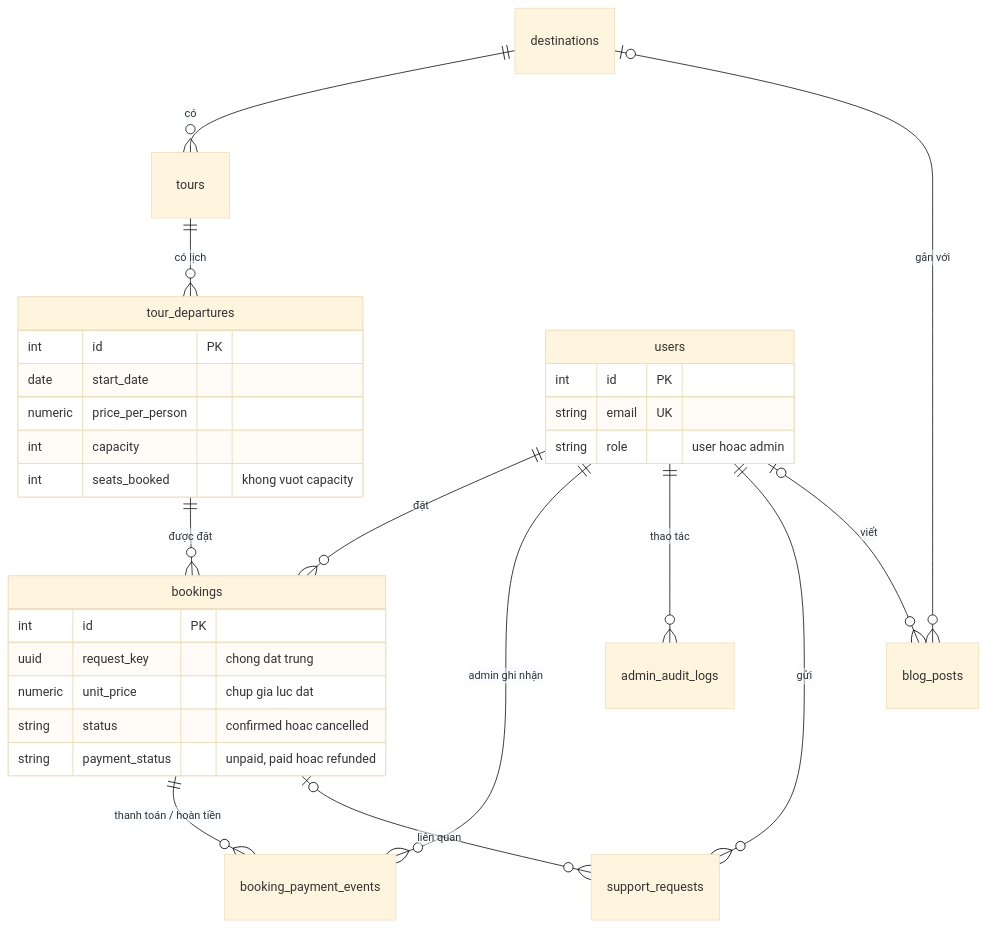
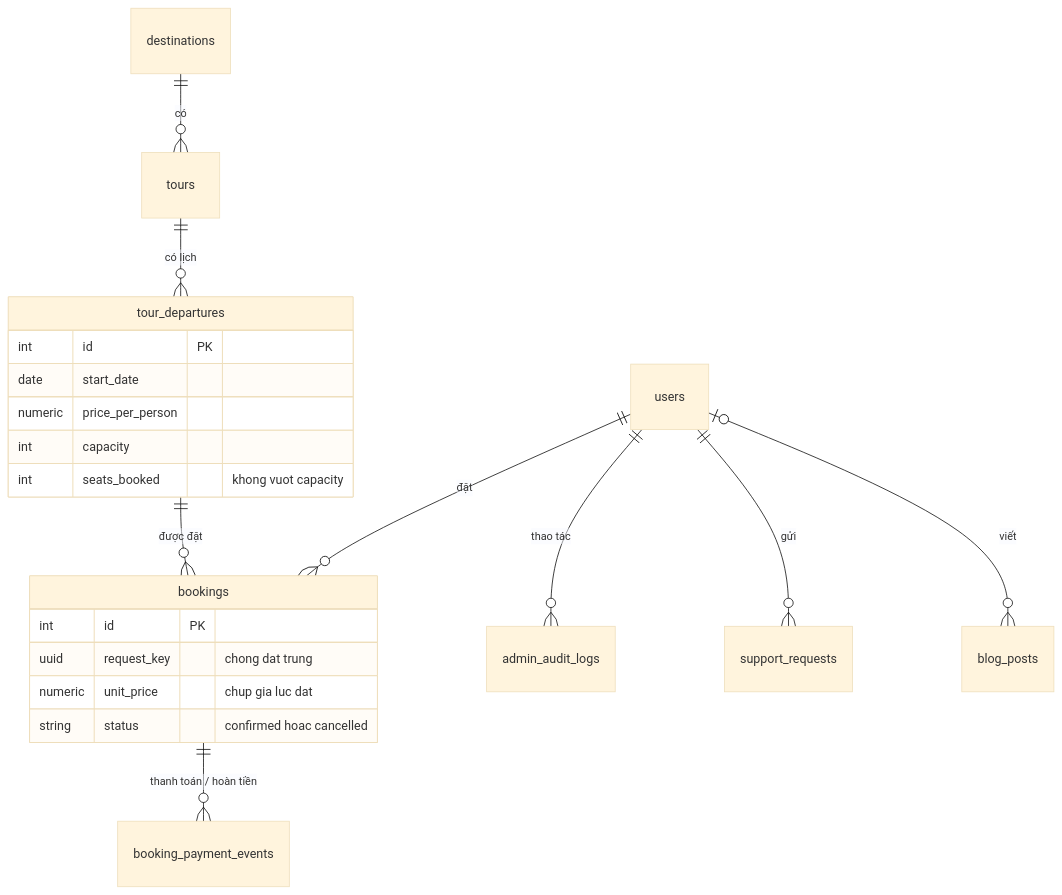
The diagram in README.md (khoan2202/travel_AI_booking), drawn with Mermaid (base theme) before and after one commit. The commit also changed other lines of this file, not shown here.

````diff
--- a/README.md
+++ b/README.md
@@ -91,33 +75,24 @@
 ```mermaid
 erDiagram
     destinations ||--o{ tours : "có"
     tours ||--o{ tour_departures : "có lịch"
     users ||--o{ bookings : "đặt"
     tour_departures ||--o{ bookings : "được đặt"
     bookings ||--o{ booking_payment_events : "thanh toán / hoàn tiền"
-    users ||--o{ booking_payment_events : "admin ghi nhận"
     users ||--o{ admin_audit_logs : "thao tác"
     users ||--o{ support_requests : "gửi"
-    bookings |o--o{ support_requests : "liên quan"
-    destinations |o--o{ blog_posts : "gắn với"
     users |o--o{ blog_posts : "viết"
-    users {
-        int id PK
-        string email UK
-        string role "user hoac admin"
-    }
     tour_departures {
         int id PK
         date start_date
         numeric price_per_person
         int capacity
         int seats_booked "khong vuot capacity"
     }
     bookings {
         int id PK
         uuid request_key "chong dat trung"
         numeric unit_price "chup gia luc dat"
         string status "confirmed hoac cancelled"
-        string payment_status "unpaid, paid hoac refunded"
     }
 ```
````
